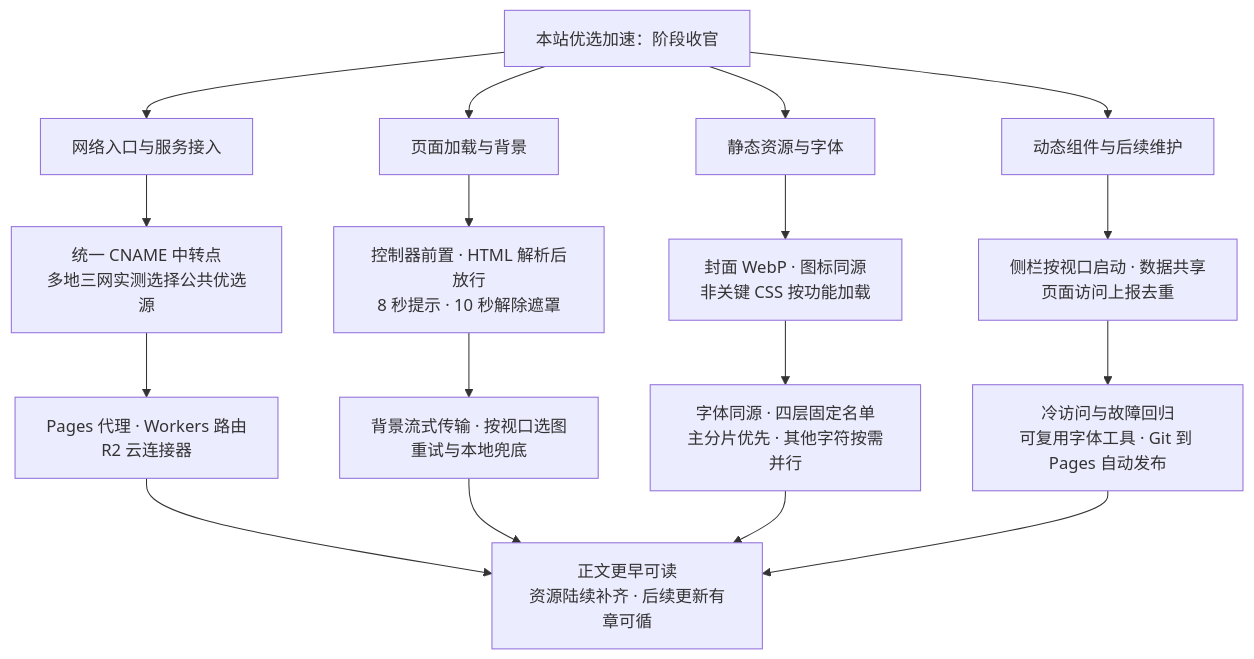
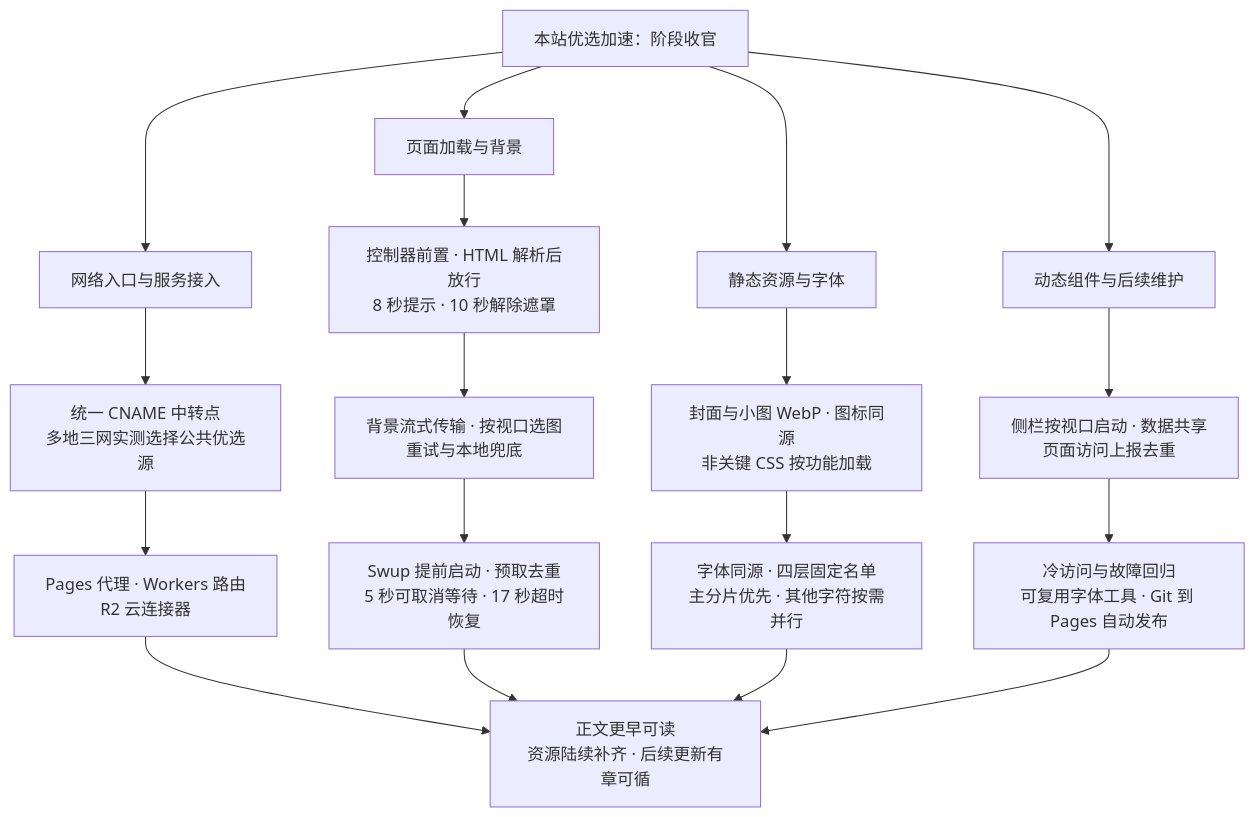
One commit to ElliottZhao666666/ybjun-blog changed the second of 2 diagrams in src/content/posts/blog-accelrate-pt3/index.md. Above: the diagram before and after it, drawn with Mermaid. The commit also changed other lines of this file and 5 other files, not shown here.

````diff
--- a/src/content/posts/blog-accelrate-pt3/index.md
+++ b/src/content/posts/blog-accelrate-pt3/index.md
@@ -435,25 +555,26 @@
 ```mermaid
 flowchart TB
     A[本站优选加速：阶段收官]
 
     A --> B[网络入口与服务接入]
     B --> B1[统一 CNAME 中转点<br/>多地三网实测选择公共优选源]
     B1 --> B2[Pages 代理 · Workers 路由<br/>R2 云连接器]
 
     A --> C[页面加载与背景]
     C --> C1[控制器前置 · HTML 解析后放行<br/>8 秒提示 · 10 秒解除遮罩]
     C1 --> C2[背景流式传输 · 按视口选图<br/>重试与本地兜底]
+    C2 --> C3[Swup 提前启动 · 预取去重<br/>5 秒可取消等待 · 17 秒超时恢复]
 
     A --> D[静态资源与字体]
-    D --> D1[封面 WebP · 图标同源<br/>非关键 CSS 按功能加载]
+    D --> D1[封面与小图 WebP · 图标同源<br/>非关键 CSS 按功能加载]
     D1 --> D2[字体同源 · 四层固定名单<br/>主分片优先 · 其他字符按需并行]
 
     A --> E[动态组件与后续维护]
     E --> E1[侧栏按视口启动 · 数据共享<br/>页面访问上报去重]
     E1 --> E2[冷访问与故障回归<br/>可复用字体工具 · Git 到 Pages 自动发布]
 
     B2 --> Z[正文更早可读<br/>资源陆续补齐 · 后续更新有章可循]
-    C2 --> Z
+    C3 --> Z
     D2 --> Z
     E2 --> Z
 ```
````
